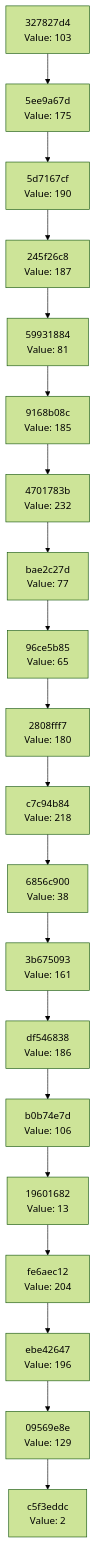
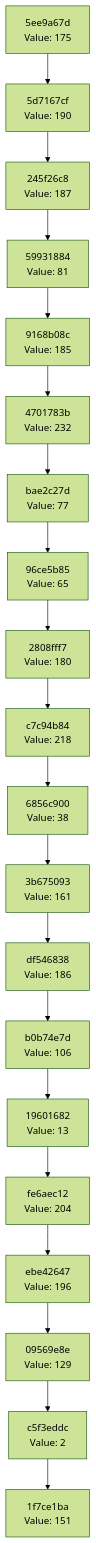
The diagram in docs/CHAIN_VISUALIZATION.md (Abhisheksinha1506/hash-chain-evolver), drawn with Mermaid (forest theme) before and after one commit. The commit also changed 1 other file, not shown here.

Commit message:
Evolution step: hash 0x97 → action executed

````diff
--- a/docs/CHAIN_VISUALIZATION.md
+++ b/docs/CHAIN_VISUALIZATION.md
@@ -3,42 +3,42 @@
 ```mermaid
 graph TD
-    C0["c5f3eddc<br/>Value: 2"]
-    C1["09569e8e<br/>Value: 129"]
+    C0["1f7ce1ba<br/>Value: 151"]
+    C1["c5f3eddc<br/>Value: 2"]
     C1 --> C0
-    C2["ebe42647<br/>Value: 196"]
+    C2["09569e8e<br/>Value: 129"]
     C2 --> C1
-    C3["fe6aec12<br/>Value: 204"]
+    C3["ebe42647<br/>Value: 196"]
     C3 --> C2
-    C4["19601682<br/>Value: 13"]
+    C4["fe6aec12<br/>Value: 204"]
     C4 --> C3
-    C5["b0b74e7d<br/>Value: 106"]
+    C5["19601682<br/>Value: 13"]
     C5 --> C4
-    C6["df546838<br/>Value: 186"]
+    C6["b0b74e7d<br/>Value: 106"]
     C6 --> C5
-    C7["3b675093<br/>Value: 161"]
+    C7["df546838<br/>Value: 186"]
     C7 --> C6
-    C8["6856c900<br/>Value: 38"]
+    C8["3b675093<br/>Value: 161"]
     C8 --> C7
-    C9["c7c94b84<br/>Value: 218"]
+    C9["6856c900<br/>Value: 38"]
     C9 --> C8
-    C10["2808fff7<br/>Value: 180"]
+    C10["c7c94b84<br/>Value: 218"]
     C10 --> C9
-    C11["96ce5b85<br/>Value: 65"]
+    C11["2808fff7<br/>Value: 180"]
     C11 --> C10
-    C12["bae2c27d<br/>Value: 77"]
+    C12["96ce5b85<br/>Value: 65"]
     C12 --> C11
-    C13["4701783b<br/>Value: 232"]
+    C13["bae2c27d<br/>Value: 77"]
     C13 --> C12
-    C14["9168b08c<br/>Value: 185"]
+    C14["4701783b<br/>Value: 232"]
     C14 --> C13
-    C15["59931884<br/>Value: 81"]
+    C15["9168b08c<br/>Value: 185"]
     C15 --> C14
-    C16["245f26c8<br/>Value: 187"]
+    C16["59931884<br/>Value: 81"]
     C16 --> C15
-    C17["5d7167cf<br/>Value: 190"]
+    C17["245f26c8<br/>Value: 187"]
     C17 --> C16
-    C18["5ee9a67d<br/>Value: 175"]
+    C18["5d7167cf<br/>Value: 190"]
     C18 --> C17
-    C19["327827d4<br/>Value: 103"]
+    C19["5ee9a67d<br/>Value: 175"]
     C19 --> C18
 ```
````
